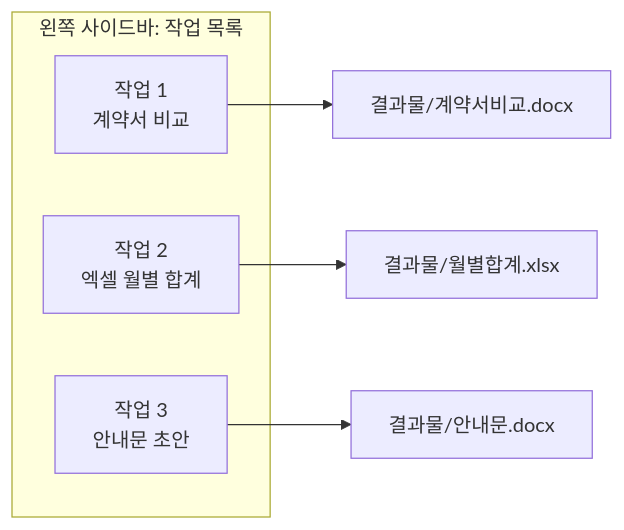
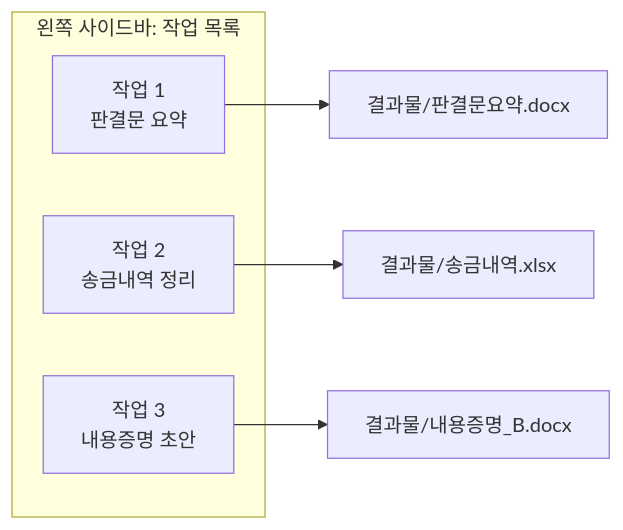
Before and after one commit to gyuber/claude-basics: the first of 2 diagrams in 기초/11-여러-작업-동시에.md, drawn with Mermaid. The commit also changed other lines of this file and 32 other files, not shown here.

````diff
--- a/기초/11-여러-작업-동시에.md
+++ b/기초/11-여러-작업-동시에.md
@@ -6,11 +9,11 @@
 ```mermaid
 flowchart LR
   subgraph 사이드바["왼쪽 사이드바: 작업 목록"]
-    A["작업 1<br/>계약서 비교"]
-    B["작업 2<br/>엑셀 월별 합계"]
-    C["작업 3<br/>안내문 초안"]
+    A["작업 1<br/>판결문 요약"]
+    B["작업 2<br/>송금내역 정리"]
+    C["작업 3<br/>내용증명 초안"]
   end
-  A --> R1["결과물/계약서비교.docx"]
-  B --> R2["결과물/월별합계.xlsx"]
-  C --> R3["결과물/안내문.docx"]
+  A --> R1["결과물/판결문요약.docx"]
+  B --> R2["결과물/송금내역.xlsx"]
+  C --> R3["결과물/내용증명_B.docx"]
 ```
````
